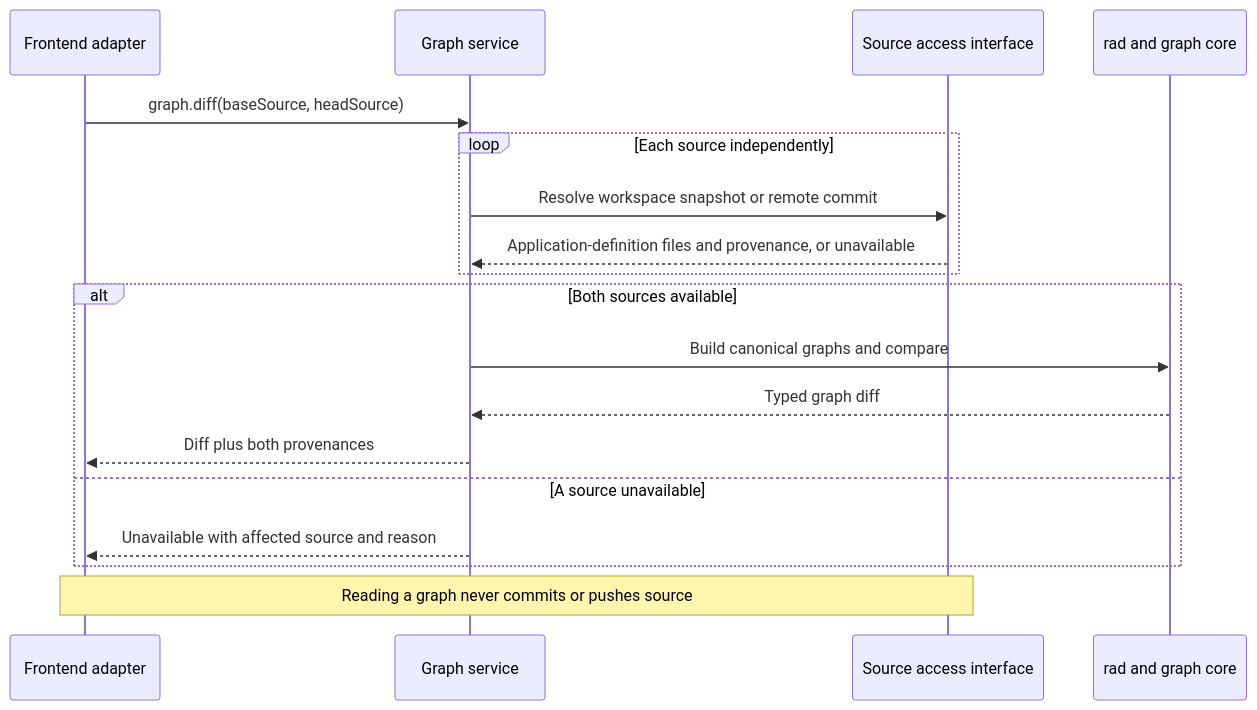
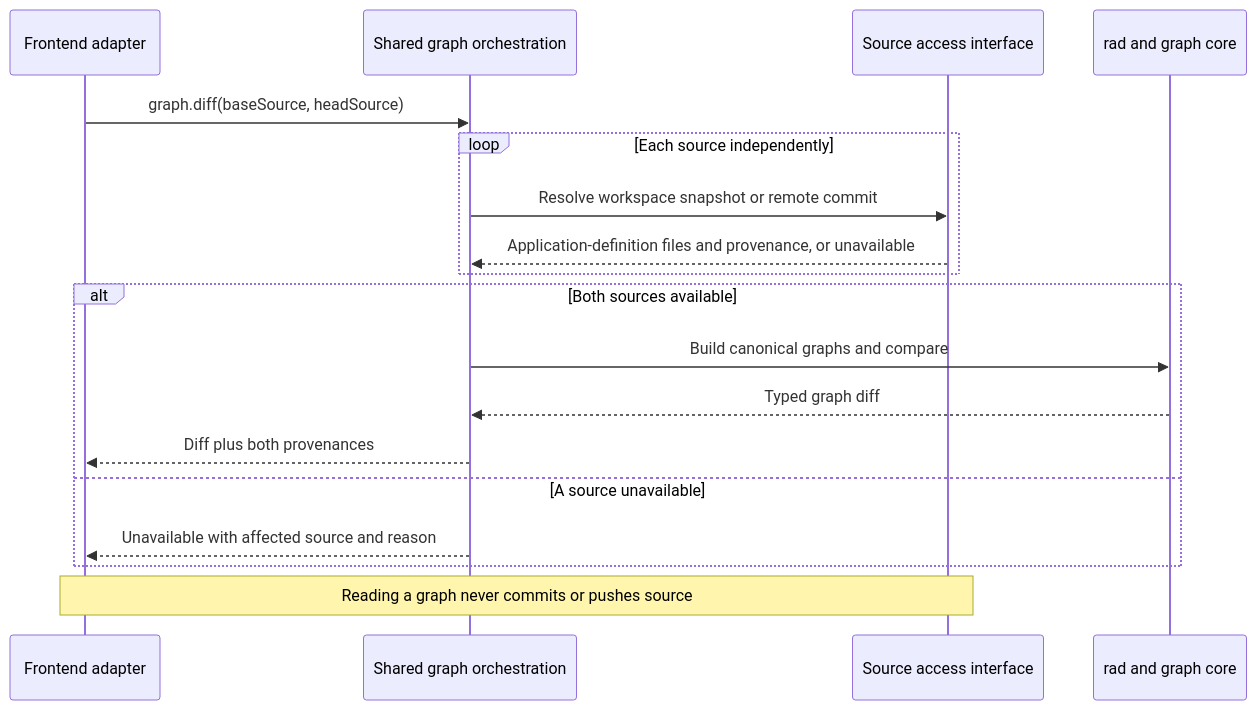
One commit to radius-project/radius changed the third of 4 diagrams in docs/architecture/repo-radius.md. Above: the diagram before and after it, drawn with Mermaid. The commit also changed other lines of this file, not shown here.

Commit message:
docs: clarify graph orchestration and CLI migration

````diff
--- a/docs/architecture/repo-radius.md
+++ b/docs/architecture/repo-radius.md
@@ -305,20 +307,20 @@
 ```mermaid
 sequenceDiagram
     participant F as Frontend adapter
-    participant S as Graph service
+    participant S as Shared graph orchestration
     participant R as Source access interface
     participant G as rad and graph core
     F->>S: graph.diff(baseSource, headSource)
     loop Each source independently
         S->>R: Resolve workspace snapshot or remote commit
         R-->>S: Application-definition files and provenance, or unavailable
     end
     alt Both sources available
         S->>G: Build canonical graphs and compare
         G-->>S: Typed graph diff
         S-->>F: Diff plus both provenances
     else A source unavailable
         S-->>F: Unavailable with affected source and reason
     end
     Note over F,R: Reading a graph never commits or pushes source
 ```
````
